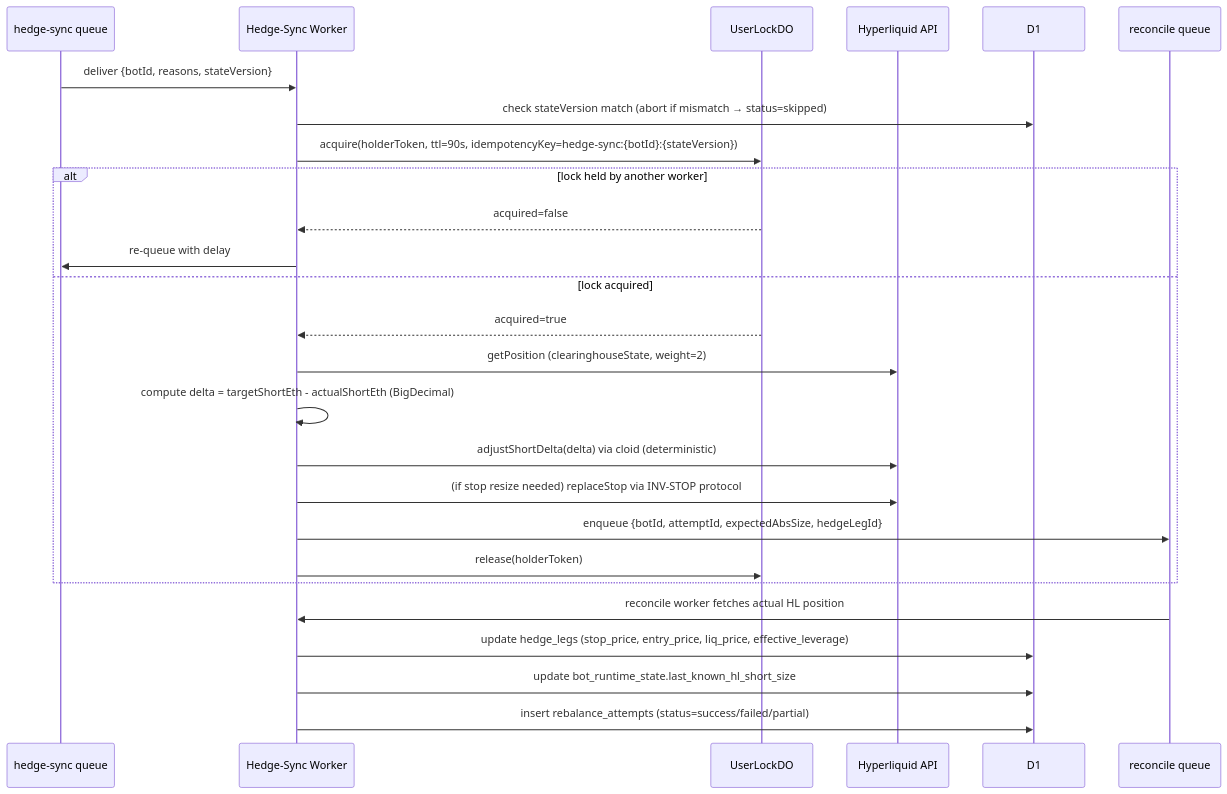
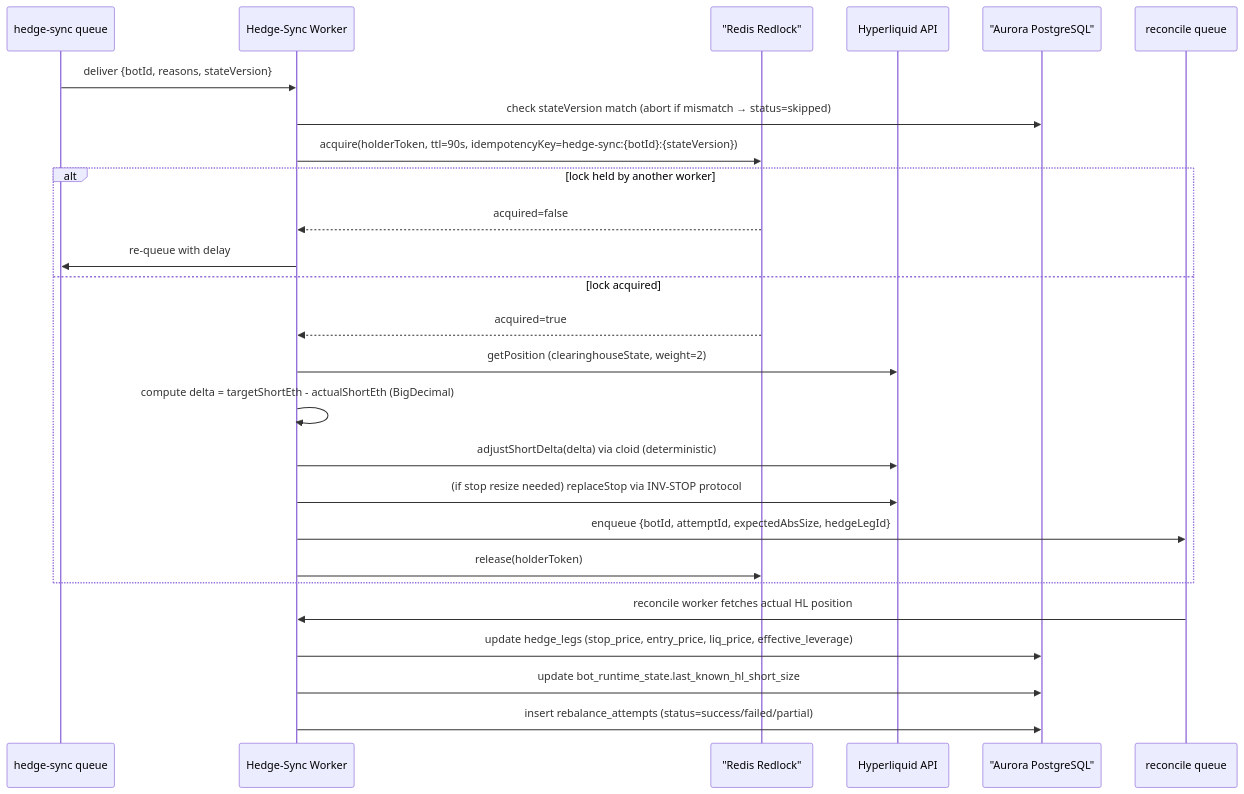
The second of 5 diagrams in docs/BA/plans/bnza-sotatek-260519-0000/03_modules/exbot/srs/flows.md (TrinhBuiSotatek/Bonanzapool), drawn with Mermaid before and after one commit. The commit also changed other lines of this file and 21 other files, not shown here.

````diff
--- a/docs/BA/plans/bnza-sotatek-260519-0000/03_modules/exbot/srs/flows.md
+++ b/docs/BA/plans/bnza-sotatek-260519-0000/03_modules/exbot/srs/flows.md
@@ -54,30 +55,30 @@
 ```mermaid
 sequenceDiagram
     participant HSQ as hedge-sync queue
     participant HSW as Hedge-Sync Worker
-    participant UDO as UserLockDO
+    participant UDO as "Redis Redlock"
     participant HL as Hyperliquid API
-    participant D1 as D1
+    participant D1 as "Aurora PostgreSQL"
     participant RQ as reconcile queue
 
     HSQ->>HSW: deliver {botId, reasons, stateVersion}
     HSW->>D1: check stateVersion match (abort if mismatch → status=skipped)
     HSW->>UDO: acquire(holderToken, ttl=90s, idempotencyKey=hedge-sync:{botId}:{stateVersion})
     alt lock held by another worker
         UDO-->>HSW: acquired=false
         HSW->>HSQ: re-queue with delay
     else lock acquired
         UDO-->>HSW: acquired=true
         HSW->>HL: getPosition (clearinghouseState, weight=2)
         HSW->>HSW: compute delta = targetShortEth - actualShortEth (BigDecimal)
         HSW->>HL: adjustShortDelta(delta) via cloid (deterministic)
         HSW->>HL: (if stop resize needed) replaceStop via INV-STOP protocol
         HSW->>RQ: enqueue {botId, attemptId, expectedAbsSize, hedgeLegId}
         HSW->>UDO: release(holderToken)
     end
 
     RQ->>HSW: reconcile worker fetches actual HL position
     HSW->>D1: update hedge_legs (stop_price, entry_price, liq_price, effective_leverage)
     HSW->>D1: update bot_runtime_state.last_known_hl_short_size
     HSW->>D1: insert rebalance_attempts (status=success/failed/partial)
 ```
````
